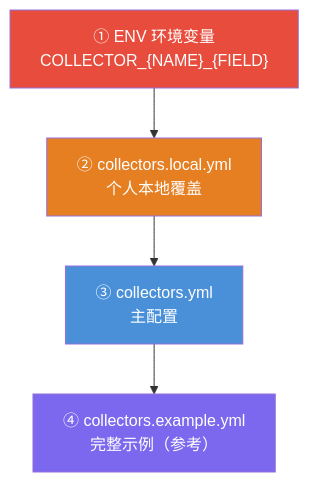
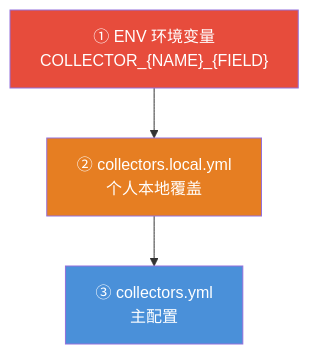
One commit to hollson/spider_awesome changed the fifth of 5 diagrams in docs/数据采集最佳设计方案.md. Above: the diagram before and after it, drawn with Mermaid. The commit also changed other lines of this file and 2 other files, not shown here.

First line of the commit message:
docs: 简化架构图的子图命名和注释

````diff
--- a/docs/数据采集最佳设计方案.md
+++ b/docs/数据采集最佳设计方案.md
@@ -245,11 +245,9 @@
 ```mermaid
 graph TD
     E1["① ENV 环境变量<br/>COLLECTOR_{NAME}_{FIELD}"] --> E2["② collectors.local.yml<br/>个人本地覆盖"]
     E2 --> E3["③ collectors.yml<br/>主配置"]
-    E3 --> E4["④ collectors.example.yml<br/>完整示例（参考）"]
 
     style E1 fill:#E74C3C,color:#fff
     style E2 fill:#E67E22,color:#fff
     style E3 fill:#4A90D9,color:#fff
-    style E4 fill:#7B68EE,color:#fff
 ```
````
